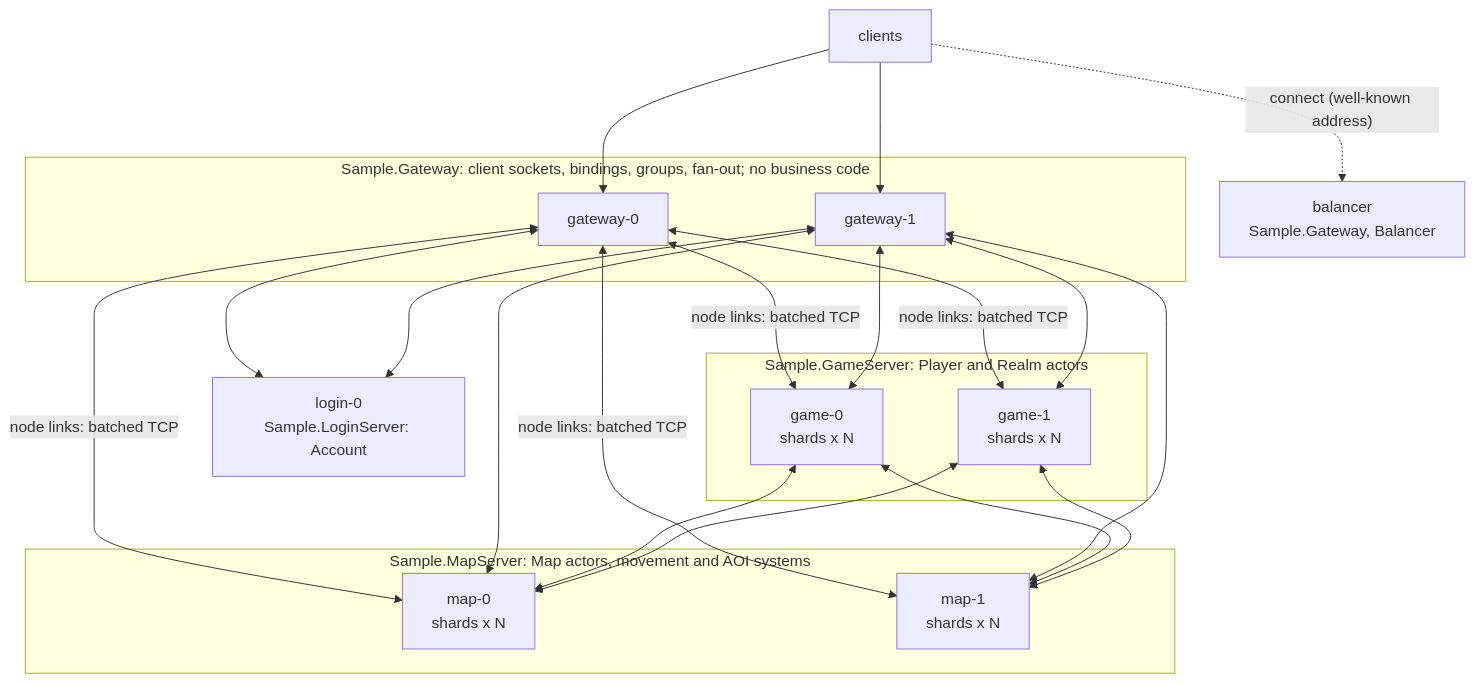
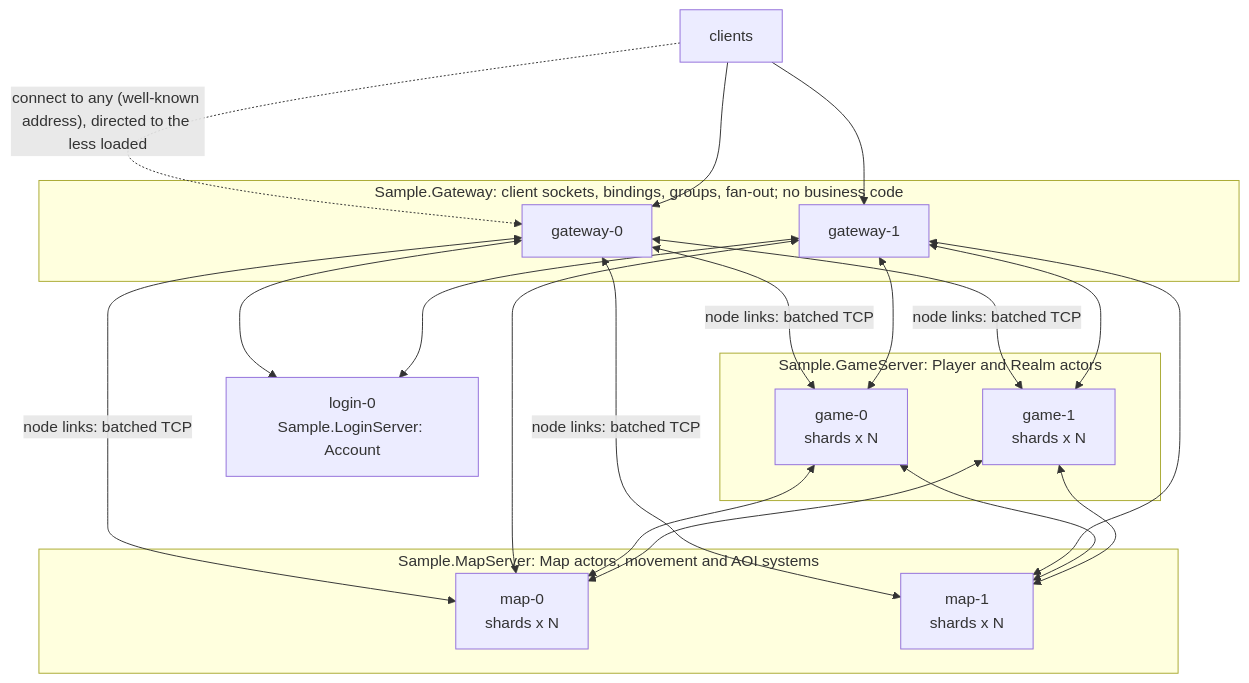
One commit to JasonXuDeveloper/DaServer changed the second of 4 diagrams in doc/design.md. Above: the diagram before and after it, drawn with Mermaid. The commit also changed other lines of this file and 5 other files, not shown here.

````diff
--- a/doc/design.md
+++ b/doc/design.md
@@ -172,22 +172,22 @@
 ```mermaid
 flowchart TB
-    C[clients] -. "connect (well-known address)" .-> D[balancer<br/>Sample.Gateway, Balancer]
+    C[clients] -. "connect to any (well-known address), directed to the less loaded" .-> G1
     C --> G1 & G2
     subgraph gateways [Sample.Gateway: client sockets, bindings, groups, fan-out; no business code]
         G1[gateway-0]
         G2[gateway-1]
     end
     L[login-0<br/>Sample.LoginServer: Account]
     G1 & G2 <--> L
     subgraph game [Sample.GameServer: Player and Realm actors]
         N1[game-0<br/>shards x N]
         N2[game-1<br/>shards x N]
     end
     subgraph map [Sample.MapServer: Map actors, movement and AOI systems]
         M1[map-0<br/>shards x N]
         M2[map-1<br/>shards x N]
     end
     G1 <-->|node links: batched TCP| N1 & N2 & M1 & M2
     G2 <--> N1 & N2 & M1 & M2
     N1 & N2 <--> M1 & M2
 ```
````
